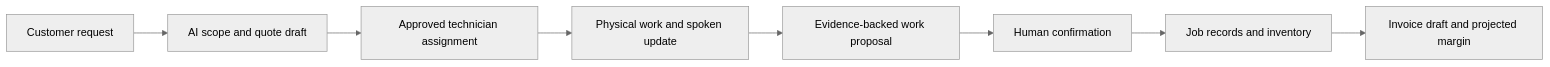
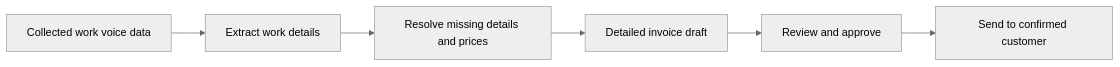
The diagram in README.md (0xpinara/yc-rfs-Worvo), drawn with Mermaid (neutral theme) before and after one commit. The commit also changed other lines of this file and 8 other files, not shown here.

Commit message:
Focus Worvo on detailed voice-derived invoices and sending

````diff
--- a/README.md
+++ b/README.md
@@ -26,10 +26,8 @@
 ```mermaid
 flowchart LR
-    A[Customer request] --> B[AI scope and quote draft]
-    B --> C[Approved technician assignment]
-    C --> D[Physical work and spoken update]
-    D --> E[Evidence-backed work proposal]
-    E --> F[Human confirmation]
-    F --> G[Job records and inventory]
-    G --> H[Invoice draft and projected margin]
+    A[Collected work voice data] --> B[Extract work details]
+    B --> C[Resolve missing details and prices]
+    C --> D[Detailed invoice draft]
+    D --> E[Review and approve]
+    E --> F[Send to confirmed customer]
 ```
````
